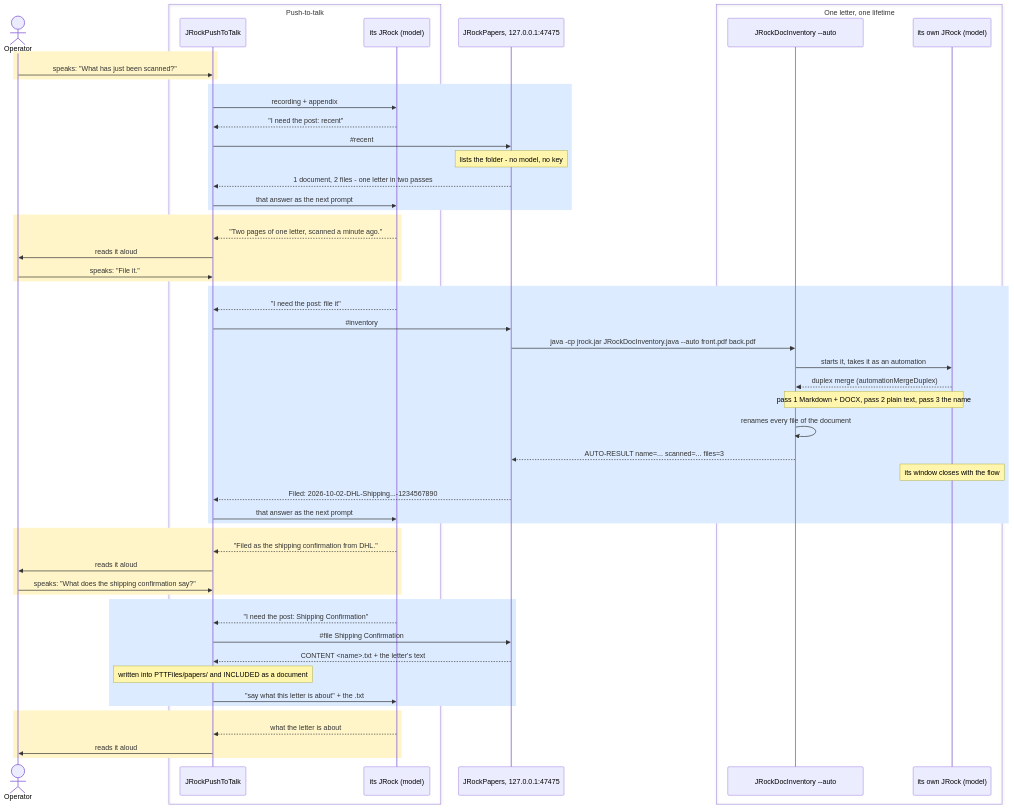
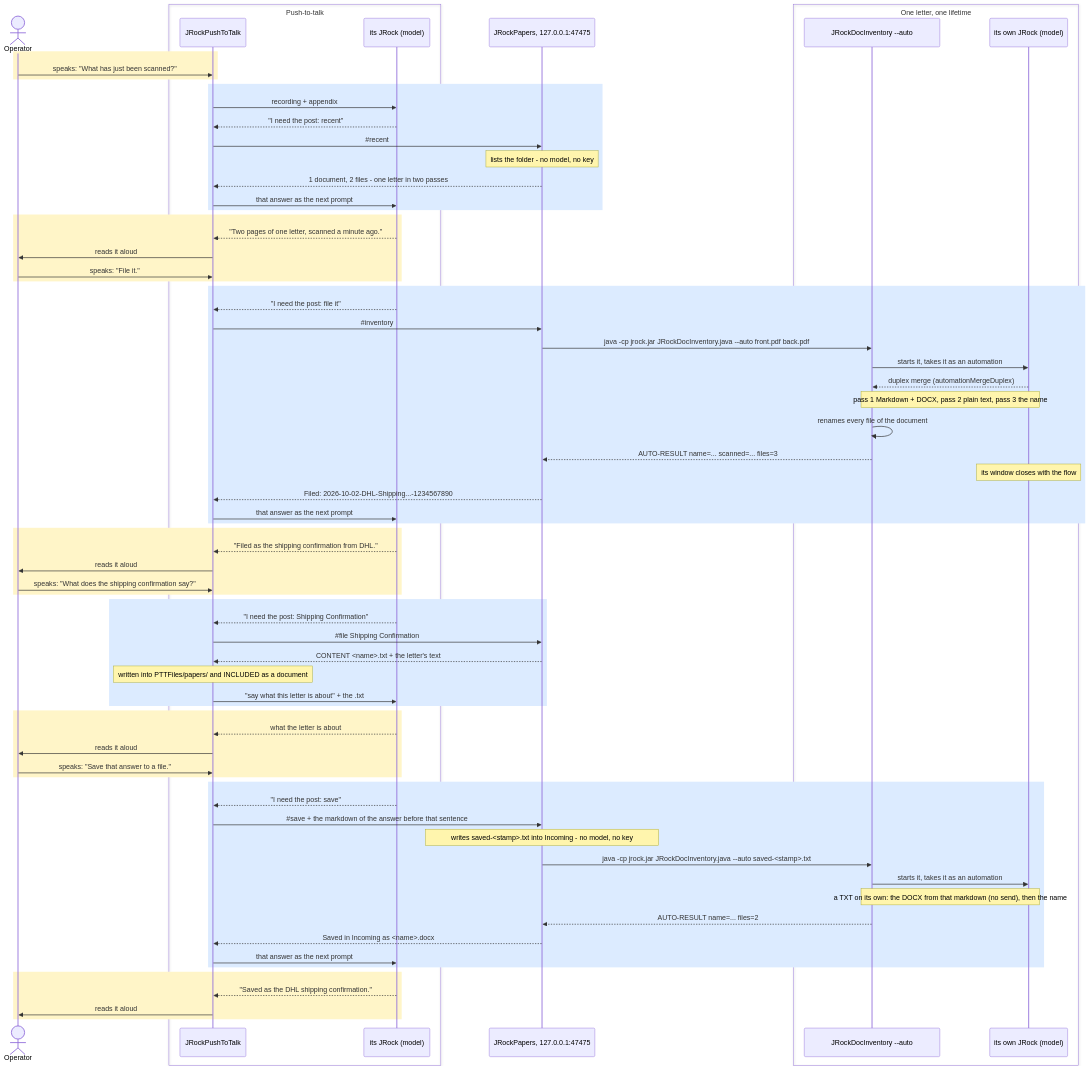
The third of 7 diagrams in README.md (ivan-khvostishkov/jrock), drawn with Mermaid before and after one commit. The commit also changed other lines of this file and 3 other files, not shown here.

````diff
--- a/README.md
+++ b/README.md
@@ -2670,59 +2670,75 @@
 ```mermaid
 sequenceDiagram
     actor Op as Operator
     box Push-to-talk
         participant PTT as JRockPushToTalk
         participant PM as its JRock (model)
     end
     participant Pap as JRockPapers, 127.0.0.1:47475
     box One letter, one lifetime
         participant Flow as JRockDocInventory #45;#45;auto
         participant FM as its own JRock (model)
     end
 
     rect rgb(255, 245, 200)
         Op->>PTT: speaks: "What has just been scanned?"
     end
     rect rgb(220, 235, 255)
         PTT->>PM: recording + appendix
         PM-->>PTT: "I need the post: recent"
         PTT->>Pap: #35;recent
         Note over Pap: lists the folder - no model, no key
         Pap-->>PTT: 1 document, 2 files - one letter in two passes
         PTT->>PM: that answer as the next prompt
     end
     rect rgb(255, 245, 200)
         PM-->>PTT: "Two pages of one letter, scanned a minute ago."
         PTT->>Op: reads it aloud
         Op->>PTT: speaks: "File it."
     end
     rect rgb(220, 235, 255)
         PM-->>PTT: "I need the post: file it"
         PTT->>Pap: #35;inventory
         Pap->>Flow: java -cp jrock.jar JRockDocInventory.java #45;#45;auto front.pdf back.pdf
         Flow->>FM: starts it, takes it as an automation
         FM-->>Flow: duplex merge (automationMergeDuplex)
         Note over Flow,FM: pass 1 Markdown + DOCX, pass 2 plain text, pass 3 the name
         Flow->>Flow: renames every file of the document
         Flow-->>Pap: AUTO-RESULT name=... scanned=... files=3
         Note over FM: its window closes with the flow
         Pap-->>PTT: Filed: 2026-10-02-DHL-Shipping...-1234567890
         PTT->>PM: that answer as the next prompt
     end
     rect rgb(255, 245, 200)
         PM-->>PTT: "Filed as the shipping confirmation from DHL."
         PTT->>Op: reads it aloud
         Op->>PTT: speaks: "What does the shipping confirmation say?"
     end
     rect rgb(220, 235, 255)
         PM-->>PTT: "I need the post: Shipping Confirmation"
         PTT->>Pap: #35;file Shipping Confirmation
         Pap-->>PTT: CONTENT <name>.txt + the letter's text
         Note over PTT: written into PTTFiles/papers/ and INCLUDED as a document
         PTT->>PM: "say what this letter is about" + the .txt
     end
     rect rgb(255, 245, 200)
         PM-->>PTT: what the letter is about
         PTT->>Op: reads it aloud
+        Op->>PTT: speaks: "Save that answer to a file."
+    end
+    rect rgb(220, 235, 255)
+        PM-->>PTT: "I need the post: save"
+        PTT->>Pap: #35;save + the markdown of the answer before that sentence
+        Note over Pap: writes saved-#60;stamp#62;.txt into Incoming - no model, no key
+        Pap->>Flow: java -cp jrock.jar JRockDocInventory.java #45;#45;auto saved-#60;stamp#62;.txt
+        Flow->>FM: starts it, takes it as an automation
+        Note over Flow,FM: a TXT on its own: the DOCX from that markdown (no send), then the name
+        Flow-->>Pap: AUTO-RESULT name=... files=2
+        Pap-->>PTT: Saved in Incoming as #60;name#62;.docx
+        PTT->>PM: that answer as the next prompt
+    end
+    rect rgb(255, 245, 200)
+        PM-->>PTT: "Saved as the DHL shipping confirmation."
+        PTT->>Op: reads it aloud
     end
 ```
````
